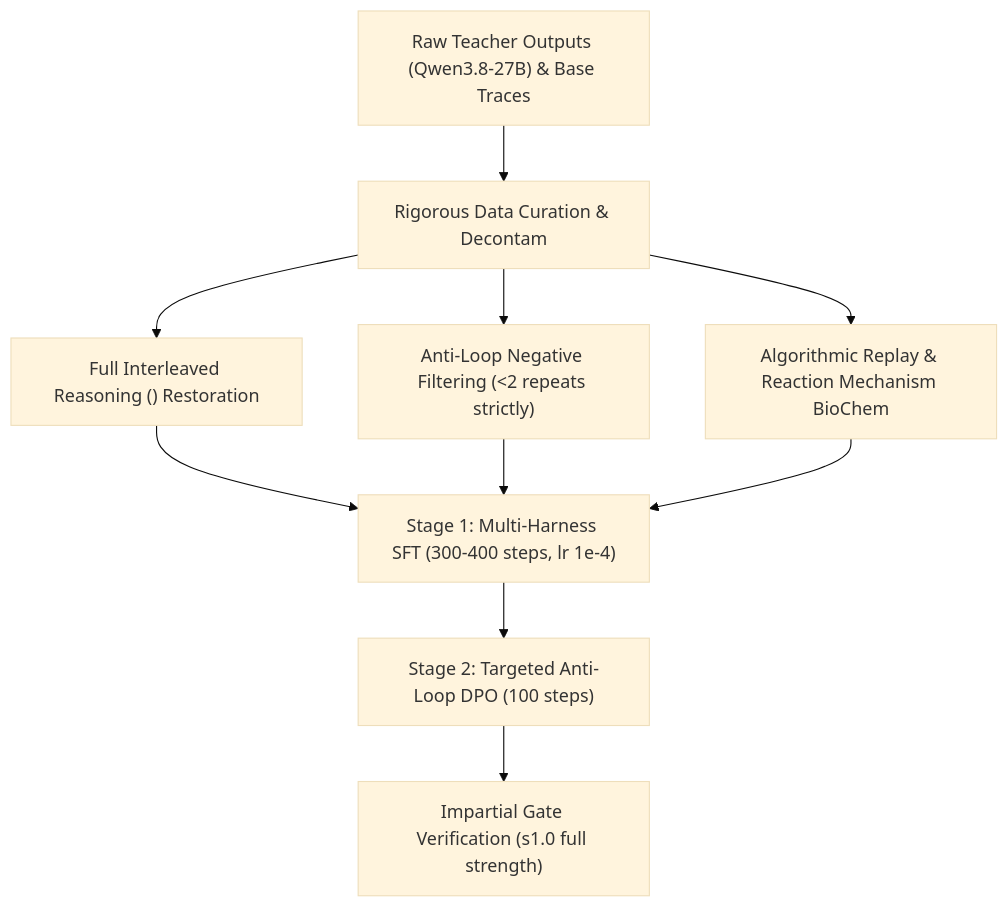
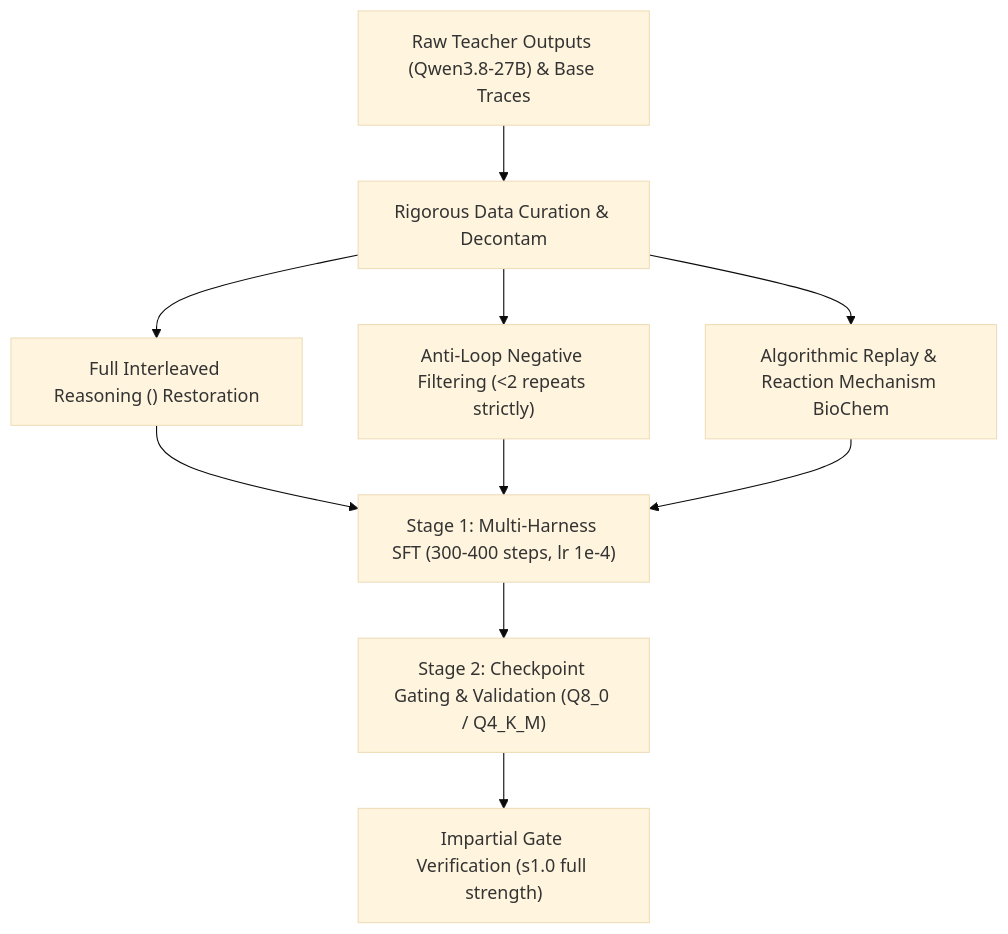
Before and after one commit to YoMosa2009/Threnody-V3: the diagram in docs/03_V3_PLAN.md, drawn with Mermaid (base theme). The commit also changed other lines of this file and 5 other files, not shown here.

````diff
--- a/docs/03_V3_PLAN.md
+++ b/docs/03_V3_PLAN.md
@@ -28,10 +28,10 @@
 ```mermaid
 flowchart TD
     A["Raw Teacher Outputs (Qwen3.8-27B) & Base Traces"] --> B["Rigorous Data Curation & Decontam"]
     B --> C["Full Interleaved Reasoning (<think>) Restoration"]
     B --> D["Anti-Loop Negative Filtering (<2 repeats strictly)"]
     B --> E["Algorithmic Replay & Reaction Mechanism BioChem"]
     C & D & E --> F["Stage 1: Multi-Harness SFT (300-400 steps, lr 1e-4)"]
-    F --> G["Stage 2: Targeted Anti-Loop DPO (100 steps)"]
+    F --> G["Stage 2: Checkpoint Gating & Validation (Q8_0 / Q4_K_M)"]
     G --> H["Impartial Gate Verification (s1.0 full strength)"]
 ```
````
